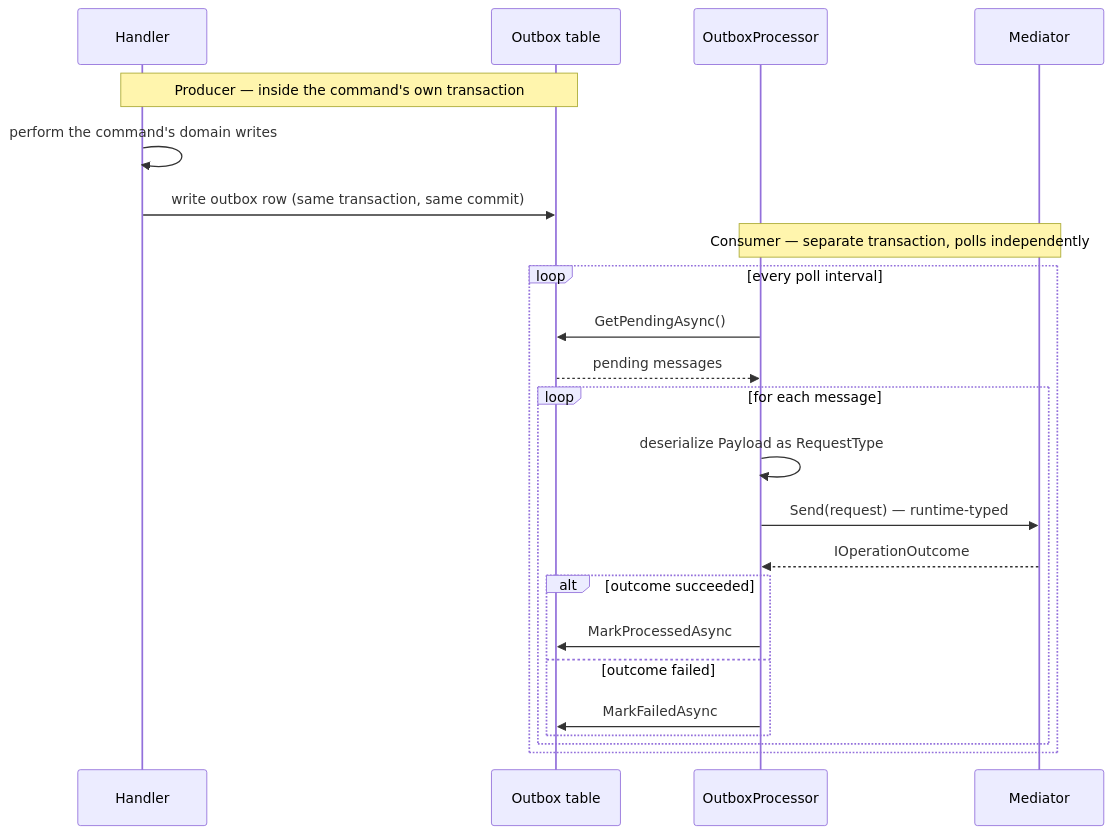
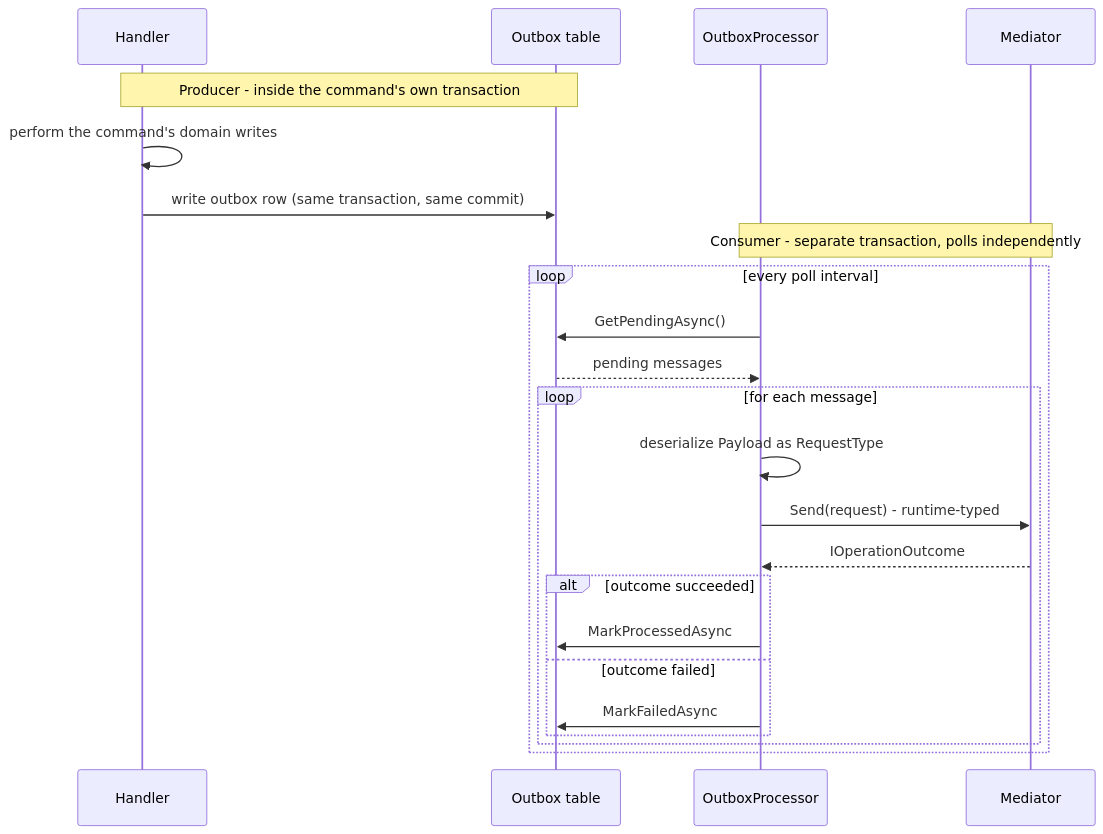
The first of 2 diagrams in documentation/runtime-typed-dispatch.md (rheone/interlocutor), drawn with Mermaid before and after one commit. The commit also changed other lines of this file and 284 other files, not shown here.

````diff
--- a/documentation/runtime-typed-dispatch.md
+++ b/documentation/runtime-typed-dispatch.md
@@ -82,27 +82,27 @@
 ```mermaid
 sequenceDiagram
     participant Handler
     participant OutboxTable as Outbox table
     participant Processor as OutboxProcessor
     participant Mediator
 
-    Note over Handler,OutboxTable: Producer — inside the command's own transaction
+    Note over Handler,OutboxTable: Producer - inside the command's own transaction
     Handler->>Handler: perform the command's domain writes
     Handler->>OutboxTable: write outbox row (same transaction, same commit)
 
-    Note over Processor,Mediator: Consumer — separate transaction, polls independently
+    Note over Processor,Mediator: Consumer - separate transaction, polls independently
     loop every poll interval
         Processor->>OutboxTable: GetPendingAsync()
         OutboxTable-->>Processor: pending messages
         loop for each message
             Processor->>Processor: deserialize Payload as RequestType
-            Processor->>Mediator: Send(request) — runtime-typed
+            Processor->>Mediator: Send(request) - runtime-typed
             Mediator-->>Processor: IOperationOutcome
             alt outcome succeeded
                 Processor->>OutboxTable: MarkProcessedAsync
             else outcome failed
                 Processor->>OutboxTable: MarkFailedAsync
             end
         end
     end
 ```
````
